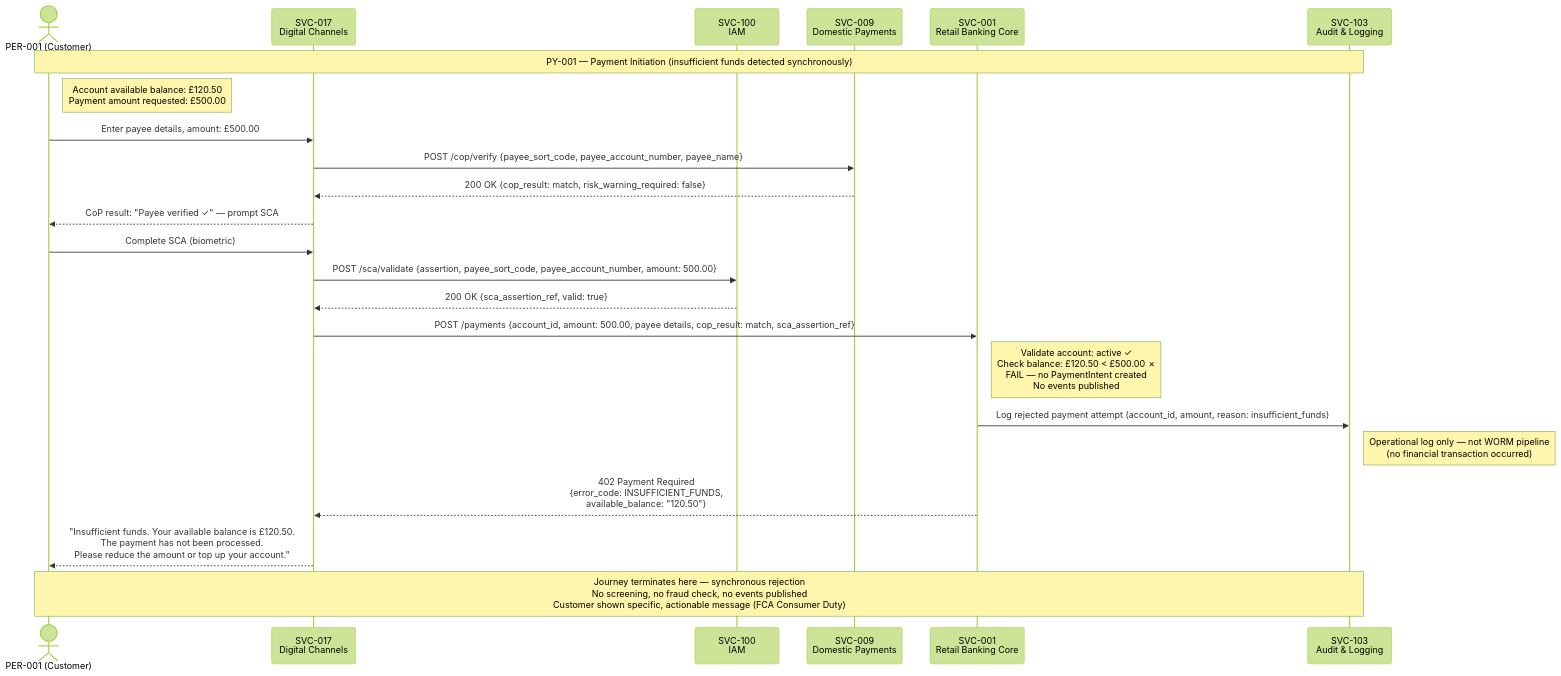
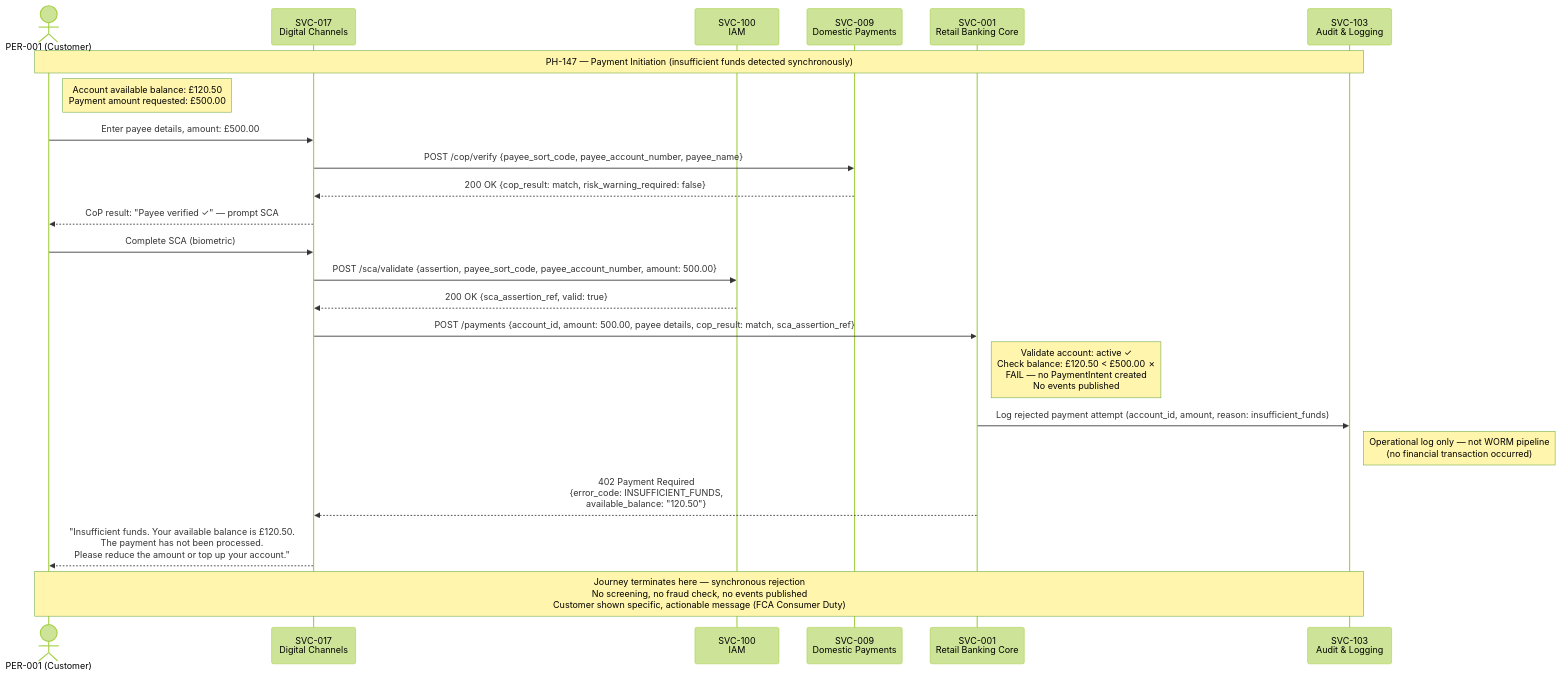
The diagram in projects/products/commercial-bank/artefacts/models/faster-payment-initiation/sequence-diagrams/insufficient-funds.mmd (chrisxmacedo/dark-factory), drawn with Mermaid (forest theme) before and after one commit. The commit also changed 300 other files, not shown here.

```diff
--- a/projects/products/commercial-bank/artefacts/models/faster-payment-initiation/sequence-diagrams/insufficient-funds.mmd
+++ b/projects/products/commercial-bank/artefacts/models/faster-payment-initiation/sequence-diagrams/insufficient-funds.mmd
@@ -1,32 +1,32 @@
 sequenceDiagram
     actor Customer as PER-001 (Customer)
     participant Channel as SVC-017<br/>Digital Channels
     participant IAM as SVC-100<br/>IAM
     participant DomPay as SVC-009<br/>Domestic Payments
     participant Retail as SVC-001<br/>Retail Banking Core
     participant Audit as SVC-103<br/>Audit & Logging
 
-    Note over Customer,Audit: PY-001 — Payment Initiation (insufficient funds detected synchronously)
+    Note over Customer,Audit: PH-147 — Payment Initiation (insufficient funds detected synchronously)
     Note right of Customer: Account available balance: £120.50<br/>Payment amount requested: £500.00
 
     Customer->>Channel: Enter payee details, amount: £500.00
     Channel->>DomPay: POST /cop/verify {payee_sort_code, payee_account_number, payee_name}
     DomPay-->>Channel: 200 OK {cop_result: match, risk_warning_required: false}
     Channel-->>Customer: CoP result: "Payee verified ✓" — prompt SCA
 
     Customer->>Channel: Complete SCA (biometric)
     Channel->>IAM: POST /sca/validate {assertion, payee_sort_code, payee_account_number, amount: 500.00}
     IAM-->>Channel: 200 OK {sca_assertion_ref, valid: true}
 
     Channel->>Retail: POST /payments {account_id, amount: 500.00, payee details, cop_result: match, sca_assertion_ref}
 
     Note right of Retail: Validate account: active ✓<br/>Check balance: £120.50 < £500.00 ✗<br/>FAIL — no PaymentIntent created<br/>No events published
 
     Retail->>Audit: Log rejected payment attempt (account_id, amount, reason: insufficient_funds)
     Note right of Audit: Operational log only — not WORM pipeline<br/>(no financial transaction occurred)
 
     Retail-->>Channel: 402 Payment Required<br/>{error_code: INSUFFICIENT_FUNDS,<br/>available_balance: "120.50"}
 
     Channel-->>Customer: "Insufficient funds. Your available balance is £120.50.<br/>The payment has not been processed.<br/>Please reduce the amount or top up your account."
 
     Note over Customer,Audit: Journey terminates here — synchronous rejection<br/>No screening, no fraud check, no events published<br/>Customer shown specific, actionable message (FCA Consumer Duty)
```
